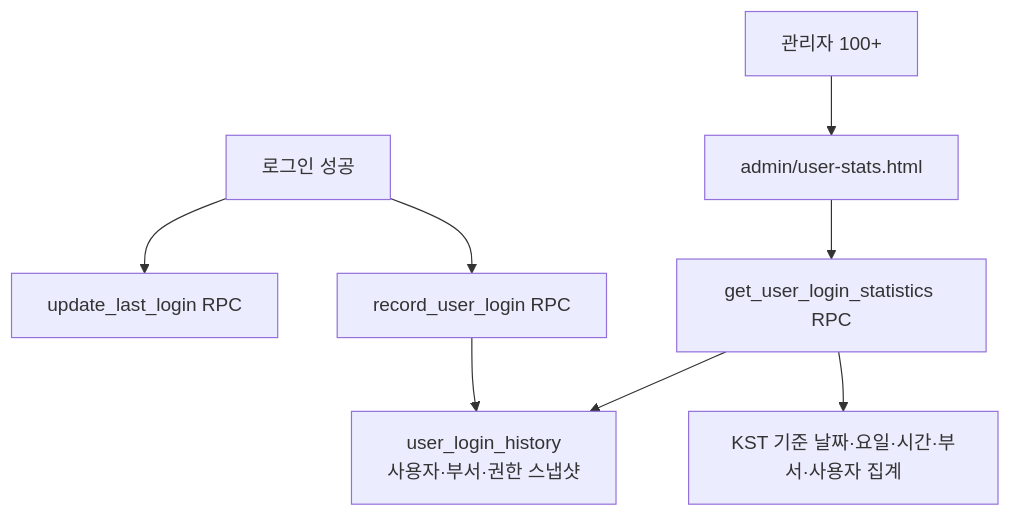
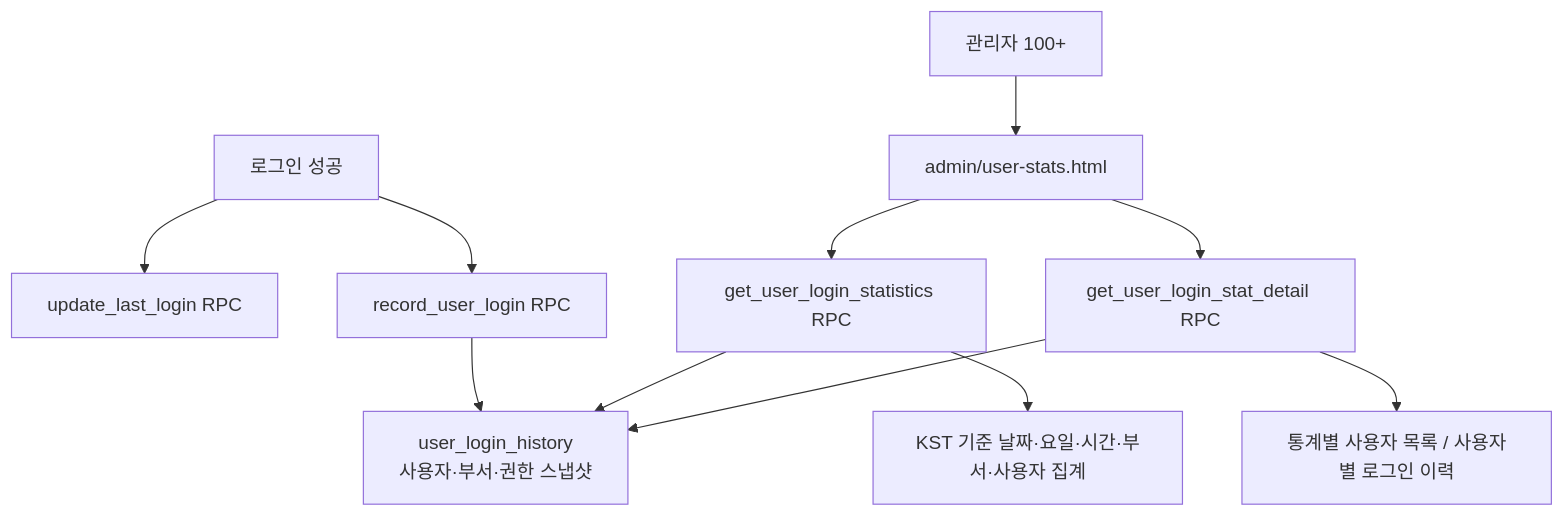
Diagram 15 of 17 in docs/PROJECT_ARCHITECTURE_FLOW.md (CHO-Talents/CHO-Talents), drawn with Mermaid before and after one commit. The commit also changed other lines of this file and 12 other files, not shown here.

First line of the commit message:
v 3.81.0 사용자 로그인 통계 상세 조회

````diff
--- a/docs/PROJECT_ARCHITECTURE_FLOW.md
+++ b/docs/PROJECT_ARCHITECTURE_FLOW.md
@@ -639,10 +639,13 @@
 ```mermaid
 flowchart TD
   Login["로그인 성공"] --> LastLogin["update_last_login RPC"]
   Login --> Record["record_user_login RPC"]
   Record --> History["user_login_history\n사용자·부서·권한 스냅샷"]
   Admin["관리자 100+"] --> StatsPage["admin/user-stats.html"]
   StatsPage --> StatsRPC["get_user_login_statistics RPC"]
+  StatsPage --> DetailRPC["get_user_login_stat_detail RPC"]
   StatsRPC --> History
+  DetailRPC --> History
   StatsRPC --> KST["KST 기준 날짜·요일·시간·부서·사용자 집계"]
+  DetailRPC --> Detail["통계별 사용자 목록 / 사용자별 로그인 이력"]
 ```
````
